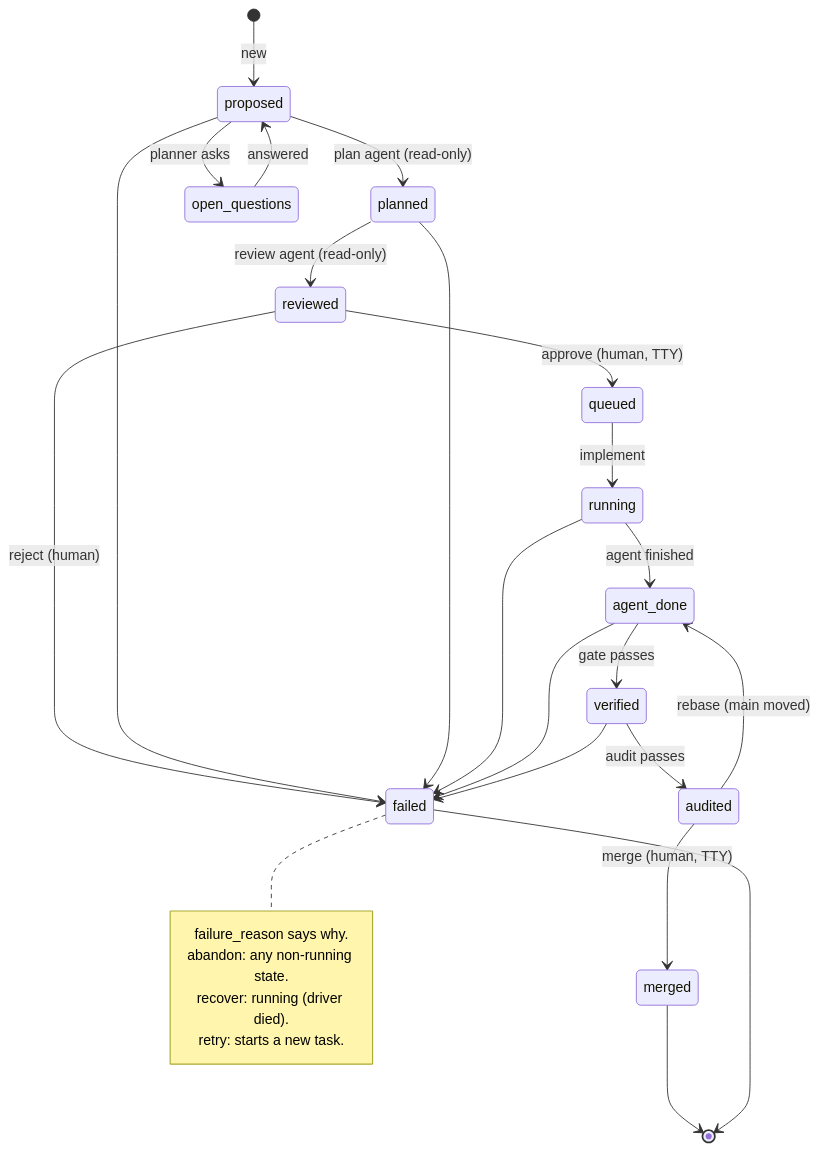
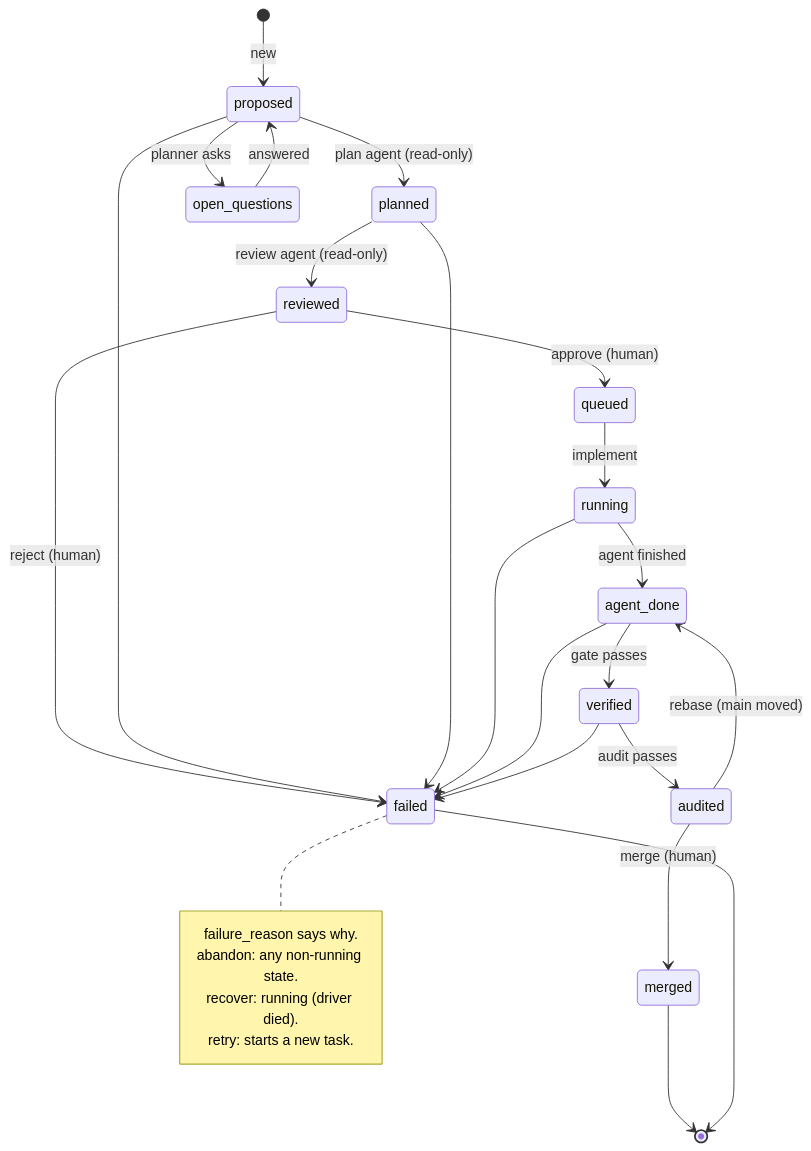
One commit to jshiell/factory changed the first of 3 diagrams in README.md. Above: the diagram before and after it, drawn with Mermaid. The commit also changed other lines of this file and 9 other files, not shown here.

````diff
--- a/README.md
+++ b/README.md
@@ -231,29 +242,29 @@
 ```mermaid
 stateDiagram-v2
     [*] --> proposed: new
     proposed --> planned: plan agent (read-only)
     proposed --> open_questions: planner asks
     open_questions --> proposed: answered
     planned --> reviewed: review agent (read-only)
-    reviewed --> queued: approve (human, TTY)
+    reviewed --> queued: approve (human)
     reviewed --> failed: reject (human)
     queued --> running: implement
     running --> agent_done: agent finished
     agent_done --> verified: gate passes
     verified --> audited: audit passes
-    audited --> merged: merge (human, TTY)
+    audited --> merged: merge (human)
     audited --> agent_done: rebase (main moved)
     proposed --> failed
     planned --> failed
     running --> failed
     agent_done --> failed
     verified --> failed
     merged --> [*]
     failed --> [*]
     note right of failed
         failure_reason says why.
         abandon: any non-running state.
         recover: running (driver died).
         retry: starts a new task.
     end note
 ```
````
